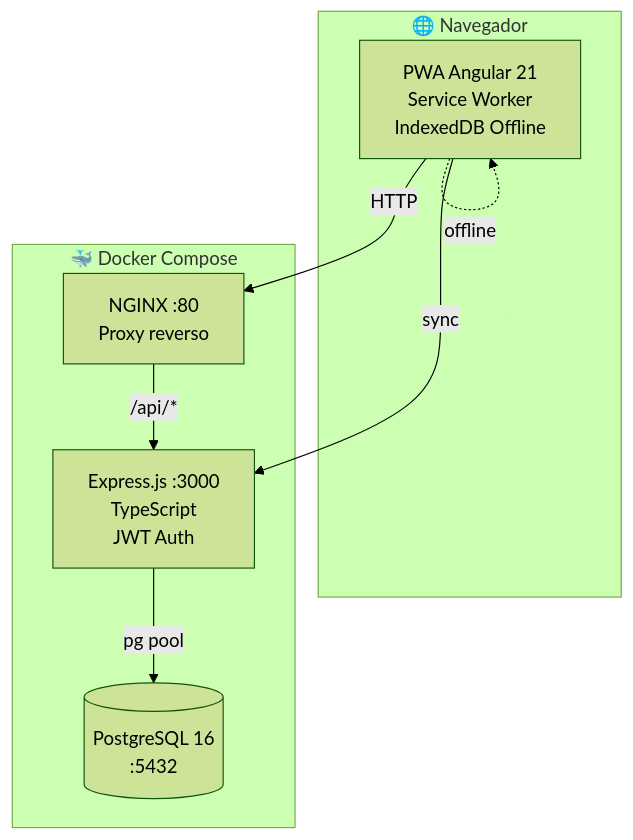
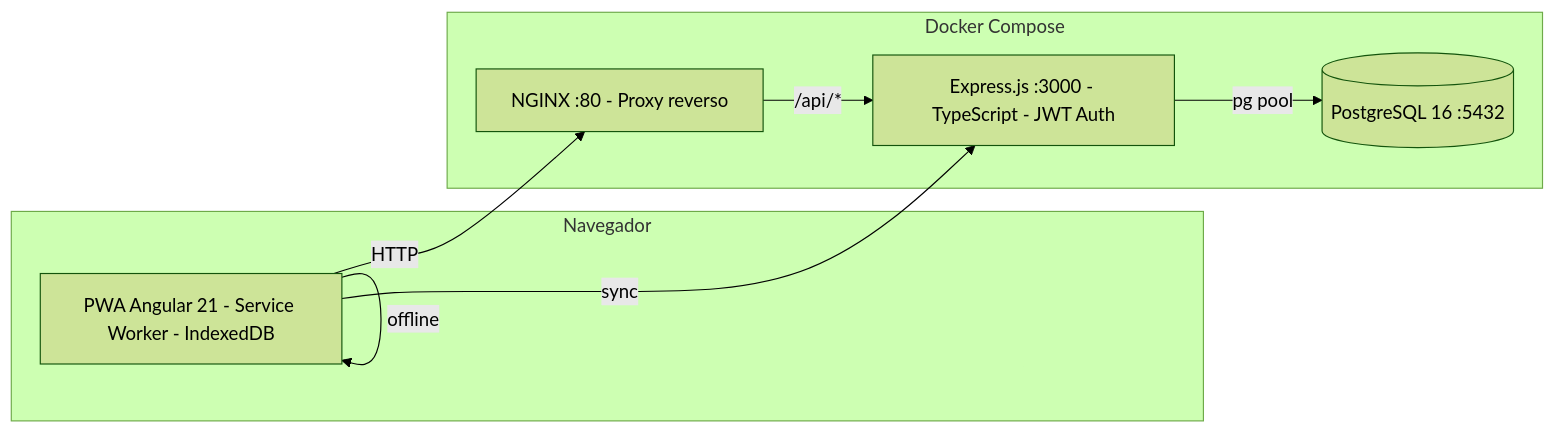
One commit to Hector-dev/Plataforma_Educativa_Cacique_Tamanaco changed the first of 30 diagrams in README.md. Above: the diagram before and after it, drawn with Mermaid (forest theme). The commit also changed other lines of this file and 1 other file, not shown here.

Commit message:
docs: reestructurar README como trabajo final y quitar <br/> de diagramas mermaid

````diff
--- a/README.md
+++ b/README.md
@@ -60,18 +85,18 @@
 ```mermaid
-graph TB
-    subgraph "🌐 Navegador"
-        PWA[PWA Angular 21<br/>Service Worker<br/>IndexedDB Offline]
+flowchart LR
+    subgraph NAV["Navegador"]
+        PWA["PWA Angular 21 - Service Worker - IndexedDB"]
     end
 
-    subgraph "🐳 Docker Compose"
-        NGINX[NGINX :80<br/>Proxy reverso]
-        BACKEND[Express.js :3000<br/>TypeScript<br/>JWT Auth]
-        DB[(PostgreSQL 16<br/>:5432)]
+    subgraph DOCK["Docker Compose"]
+        NGINX["NGINX :80 - Proxy reverso"]
+        BACKEND["Express.js :3000 - TypeScript - JWT Auth"]
+        DB[("PostgreSQL 16 :5432")]
     end
 
-    PWA -->|HTTP| NGINX
-    NGINX -->|/api/*| BACKEND
-    BACKEND -->|pg pool| DB
-    PWA -.->|offline| PWA
-    PWA -->|sync| BACKEND
+    PWA -->|"HTTP"| NGINX
+    NGINX -->|"/api/*"| BACKEND
+    BACKEND -->|"pg pool"| DB
+    PWA -->|"offline"| PWA
+    PWA -->|"sync"| BACKEND
 ```
````
